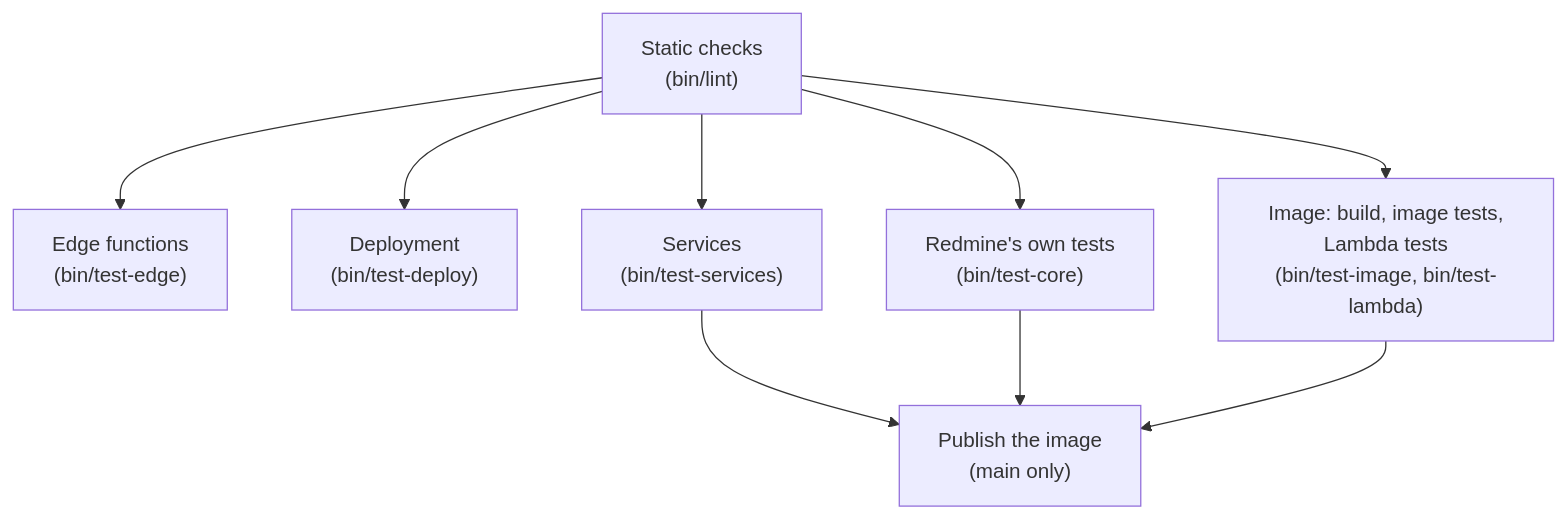
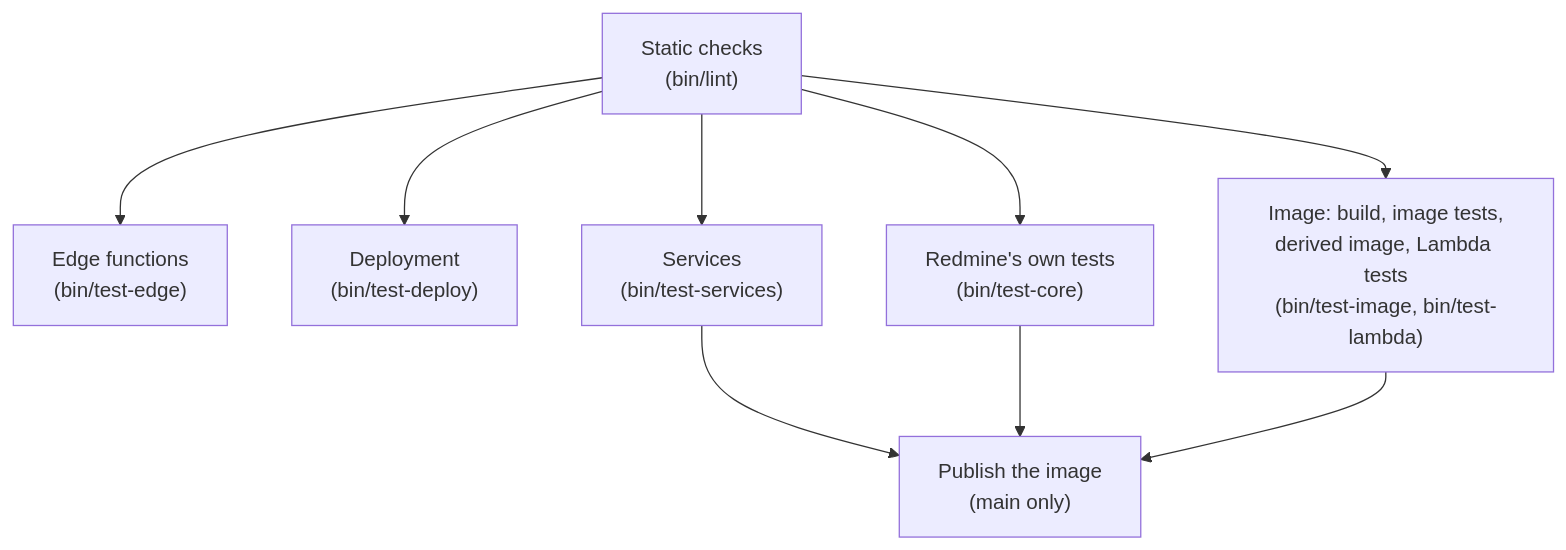
The diagram in docs/testing.md (redmine-kit/serverless), drawn with Mermaid before and after one commit. The commit also changed other lines of this file and 7 other files, not shown here.

````diff
--- a/docs/testing.md
+++ b/docs/testing.md
@@ -240,11 +241,11 @@
 ```mermaid
 flowchart TD
   a["Static checks<br>(bin/lint)"] --> e["Edge functions<br>(bin/test-edge)"]
   a --> d["Deployment<br>(bin/test-deploy)"]
   a --> s["Services<br>(bin/test-services)"]
   a --> c["Redmine's own tests<br>(bin/test-core)"]
-  a --> i["Image: build, image tests,<br>Lambda tests<br>(bin/test-image, bin/test-lambda)"]
+  a --> i["Image: build, image tests,<br>derived image, Lambda tests<br>(bin/test-image, bin/test-lambda)"]
   s --> p["Publish the image<br>(main only)"]
   c --> p
   i --> p
 ```
````
